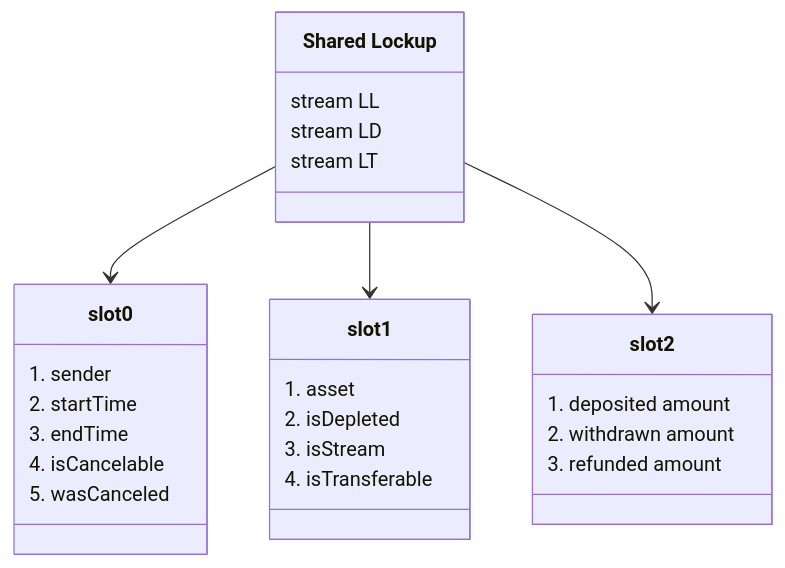
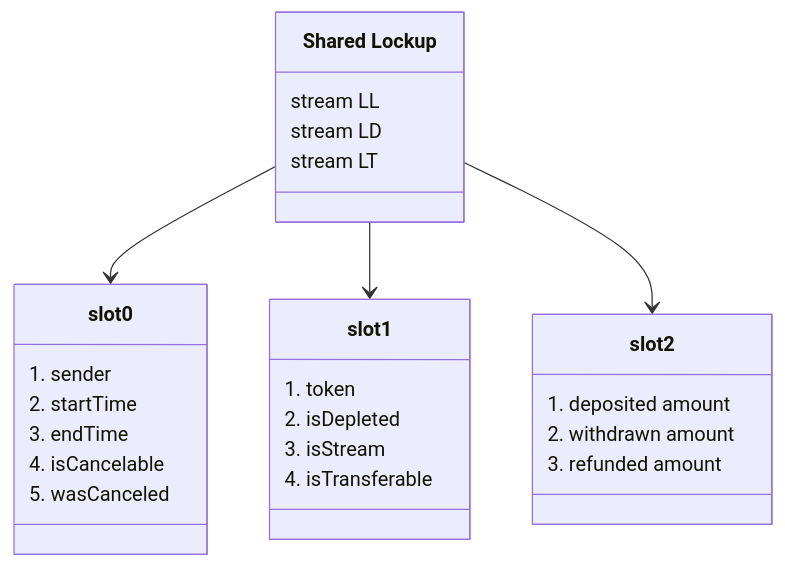
The first of 7 diagrams in docs/reference/lockup/01-diagrams.md (sablier-labs/docs), drawn with Mermaid before and after one commit. The commit also changed 11 other files, not shown here.

Commit message:
refactor: say token instead of asset

````diff
--- a/docs/reference/lockup/01-diagrams.md
+++ b/docs/reference/lockup/01-diagrams.md
@@ -17,30 +17,30 @@
 ```mermaid
 classDiagram
   class slot0 {
     1. sender
     2. startTime
     3. endTime
     4. isCancelable
     5. wasCanceled
   }
   class slot1 {
-    1. asset
+    1. token
     2. isDepleted
     3. isStream
     4. isTransferable
   }
   class slot2 {
     1. deposited amount
     2. withdrawn amount
     3. refunded amount
   }
   class `Shared Lockup` {
     stream LL
     stream LD
     stream LT
   }
 
   `Shared Lockup` --> slot0
   `Shared Lockup` --> slot1
   `Shared Lockup` --> slot2
 ```
````
